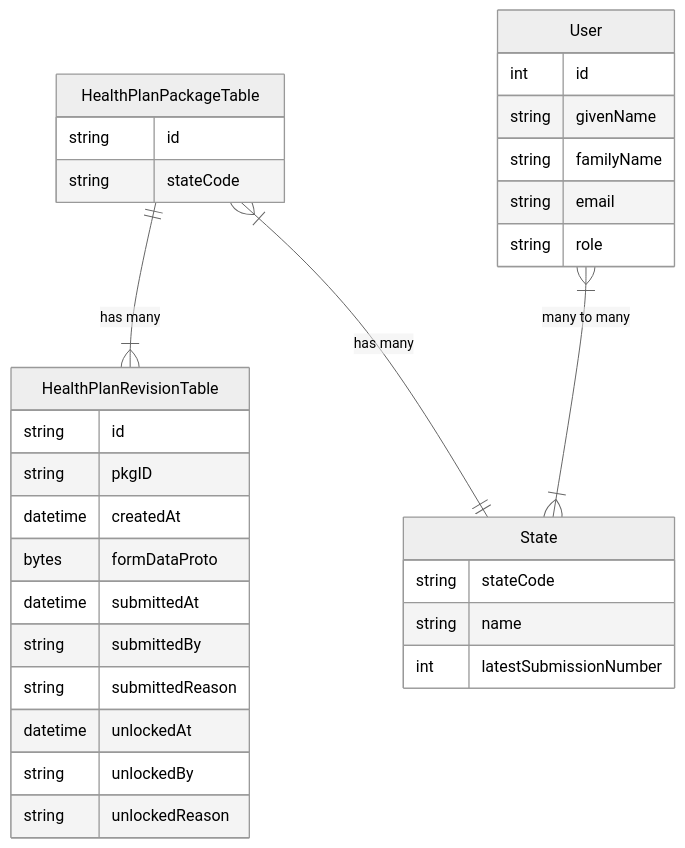
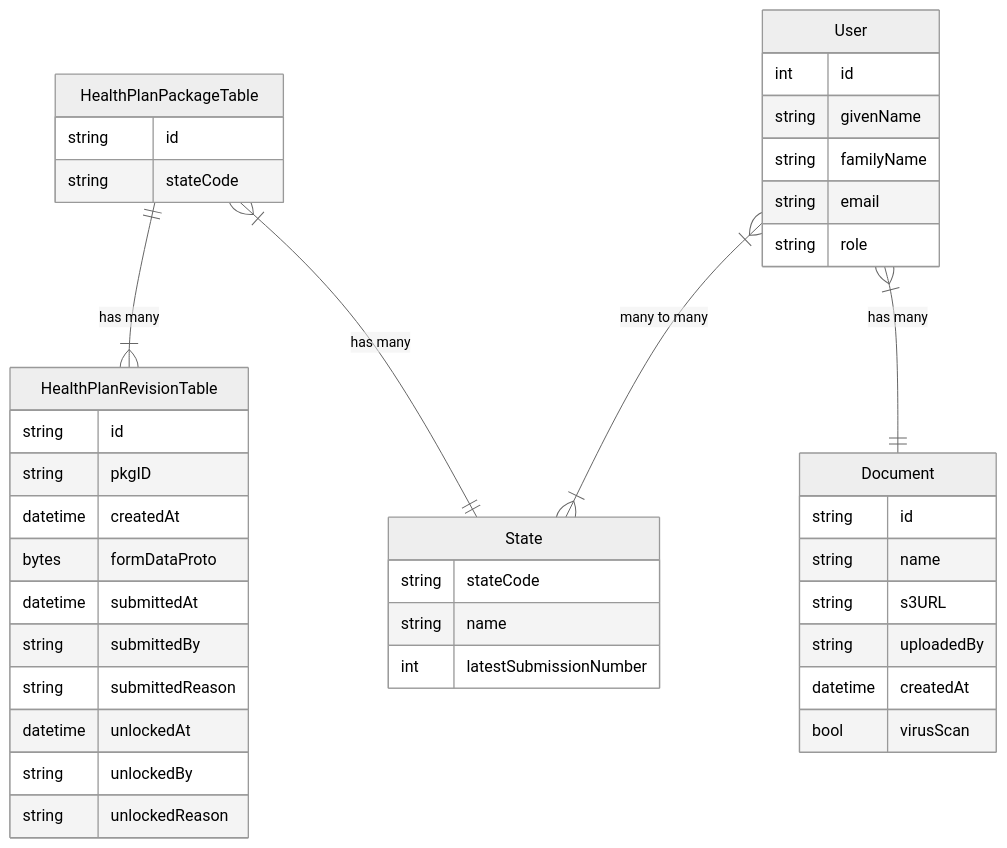
The diagram in docs/technical-design/database-diagram.md (Enterprise-CMCS/managed-care-review), drawn with Mermaid (neutral theme) before and after one commit.

Commit message:
first pass

````diff
--- a/docs/technical-design/database-diagram.md
+++ b/docs/technical-design/database-diagram.md
@@ -3,40 +3,51 @@
 ```mermaid
 erDiagram
 
 HealthPlanPackageTable ||--|{ HealthPlanRevisionTable: "has many"
 HealthPlanPackageTable }|--|| State: "has many"
 
 HealthPlanPackageTable {
     string id
     string stateCode
 }
 
 HealthPlanRevisionTable {
     string id
     string pkgID
     datetime createdAt
     bytes   formDataProto
     datetime submittedAt
     string submittedBy
     string submittedReason
     datetime unlockedAt
     string unlockedBy
     string unlockedReason
 }
 
 State {
     string stateCode
     string name
     int latestSubmissionNumber
 }
 
 User {
     int id
     string givenName
     string familyName
     string email
     string role
 }
 
+Document {
+    string id
+    string name
+    string s3URL
+    string uploadedBy
+    datetime createdAt
+    bool virusScan
+}
+
+User }|--|| Document: "has many"
+
 User }|--|{ State: "many to many"
 ```
````
